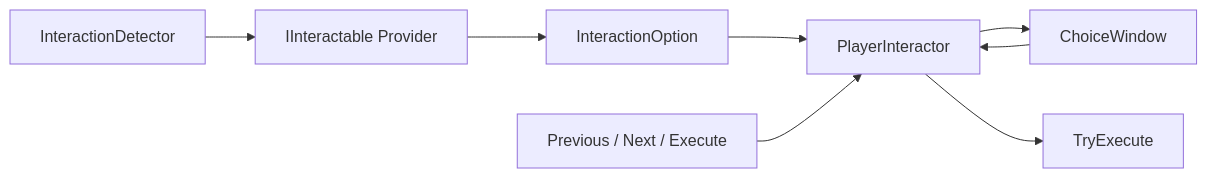
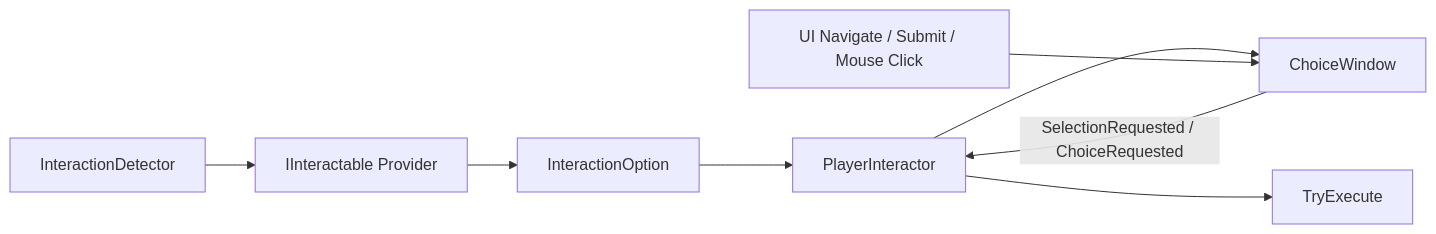
One commit to Whitesheeeep/3DRPG changed the diagram in Assets/Scripts/InteractionSystem/ReadMe.md. Above: the diagram before and after it, drawn with Mermaid. The commit also changed other lines of this file and 161 other files, not shown here.

````diff
--- a/Assets/Scripts/InteractionSystem/ReadMe.md
+++ b/Assets/Scripts/InteractionSystem/ReadMe.md
@@ -5,10 +5,10 @@
 ```mermaid
 flowchart LR
     Detector[InteractionDetector] --> Provider[IInteractable Provider]
     Provider --> Option[InteractionOption]
     Option --> Interactor[PlayerInteractor]
-    Input[Previous / Next / Execute] --> Interactor
     Interactor --> Choice[ChoiceWindow]
-    Choice --> Interactor
+    Input[UI Navigate / Submit / Mouse Click] --> Choice
+    Choice -->|SelectionRequested / ChoiceRequested| Interactor
     Interactor --> Execute[TryExecute]
 ```
````
